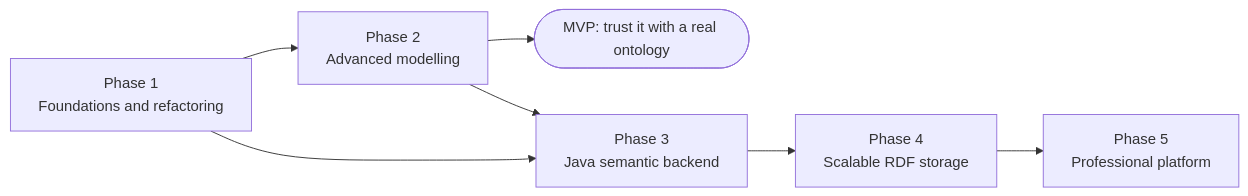
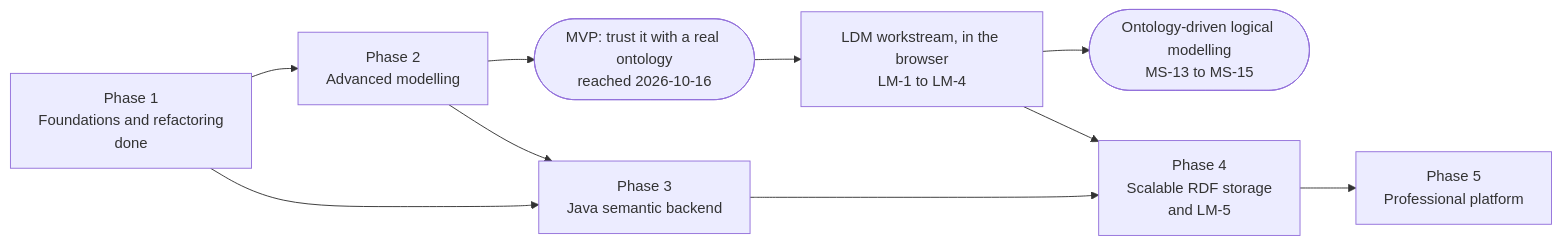
The first of 4 diagrams in docs/DEVELOPMENT_ROADMAP.md (chestnzu1/conceptweaver), drawn with Mermaid before and after one commit. The commit also changed other lines of this file and 6 other files, not shown here.

````diff
--- a/docs/DEVELOPMENT_ROADMAP.md
+++ b/docs/DEVELOPMENT_ROADMAP.md
@@ -33,9 +59,12 @@
 ```mermaid
 flowchart LR
-  P1["Phase 1<br/>Foundations and refactoring"] --> P2["Phase 2<br/>Advanced modelling"]
-  P2 --> MVP(["MVP: trust it with a real ontology"])
+  P1["Phase 1<br/>Foundations and refactoring<br/>done"] --> P2["Phase 2<br/>Advanced modelling"]
+  P2 --> MVP(["MVP: trust it with a real ontology<br/>reached 2026-10-16"])
+  MVP --> LM["LDM workstream, in the browser<br/>LM-1 to LM-4"]
+  LM --> LDM(["Ontology-driven logical modelling<br/>MS-13 to MS-15"])
   P1 --> P3["Phase 3<br/>Java semantic backend"]
   P2 --> P3
-  P3 --> P4["Phase 4<br/>Scalable RDF storage"]
+  P3 --> P4["Phase 4<br/>Scalable RDF storage<br/>and LM-5"]
+  LM --> P4
   P4 --> P5["Phase 5<br/>Professional platform"]
 ```
````
